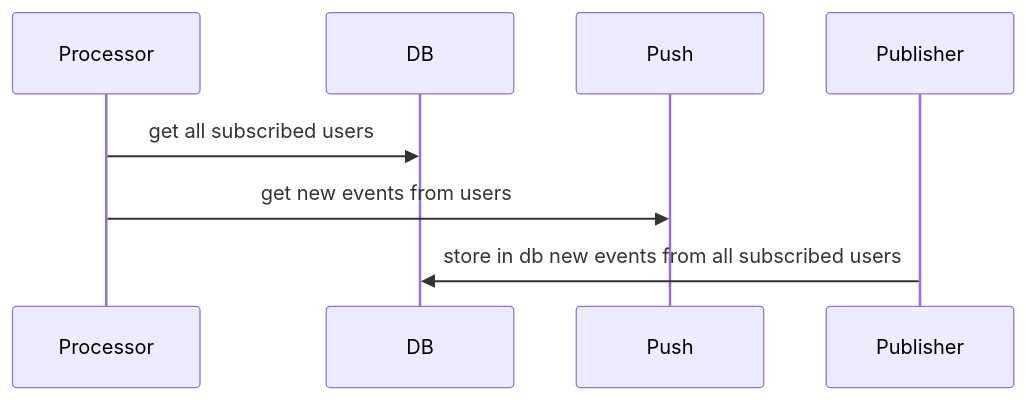
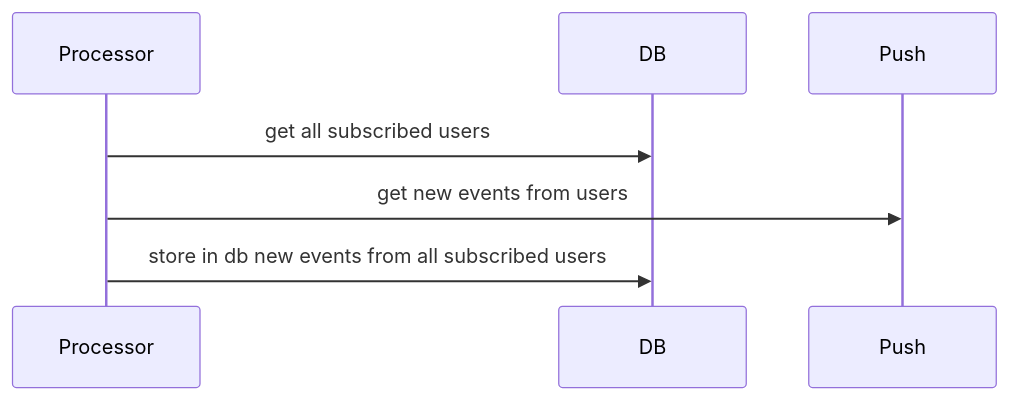
One commit to decentraland/notifications-workers changed the second of 3 diagrams in README.md. Above: the diagram before and after it, drawn with Mermaid.

````diff
--- a/README.md
+++ b/README.md
@@ -31,6 +31,6 @@
 ```mermaid
 sequenceDiagram
   Processor->>DB: get all subscribed users 
   Processor->>Push: get new events from users 
-  Publisher->>DB: store in db new events from all subscribed users
+  Processor->>DB: store in db new events from all subscribed users
 ```
````
